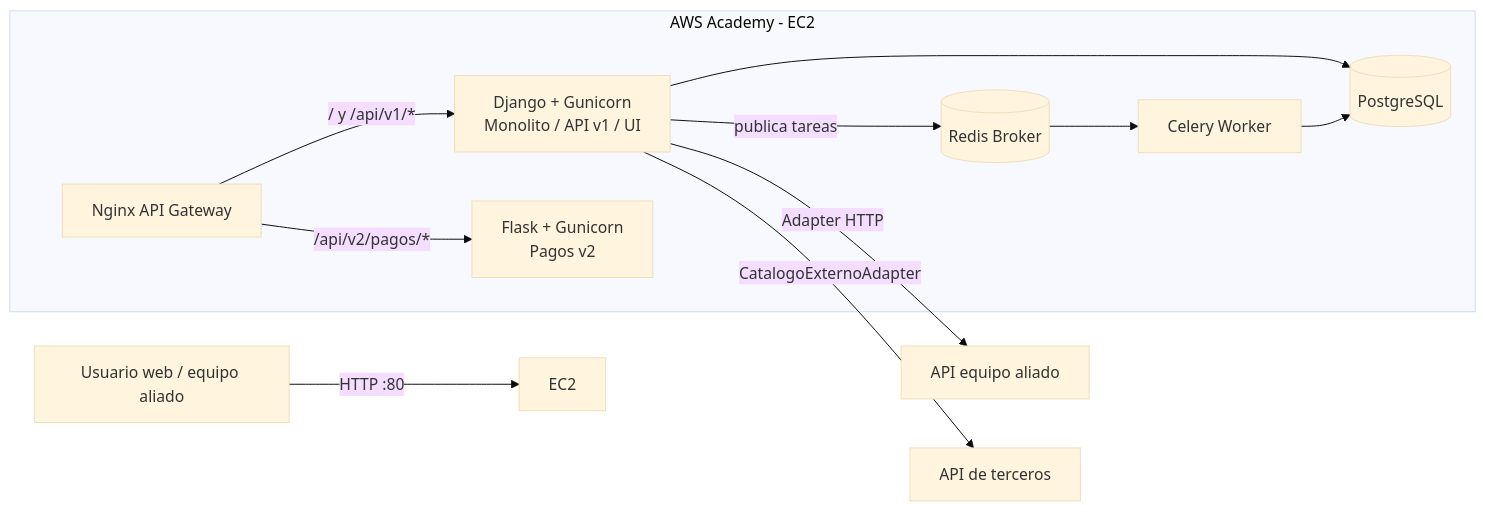
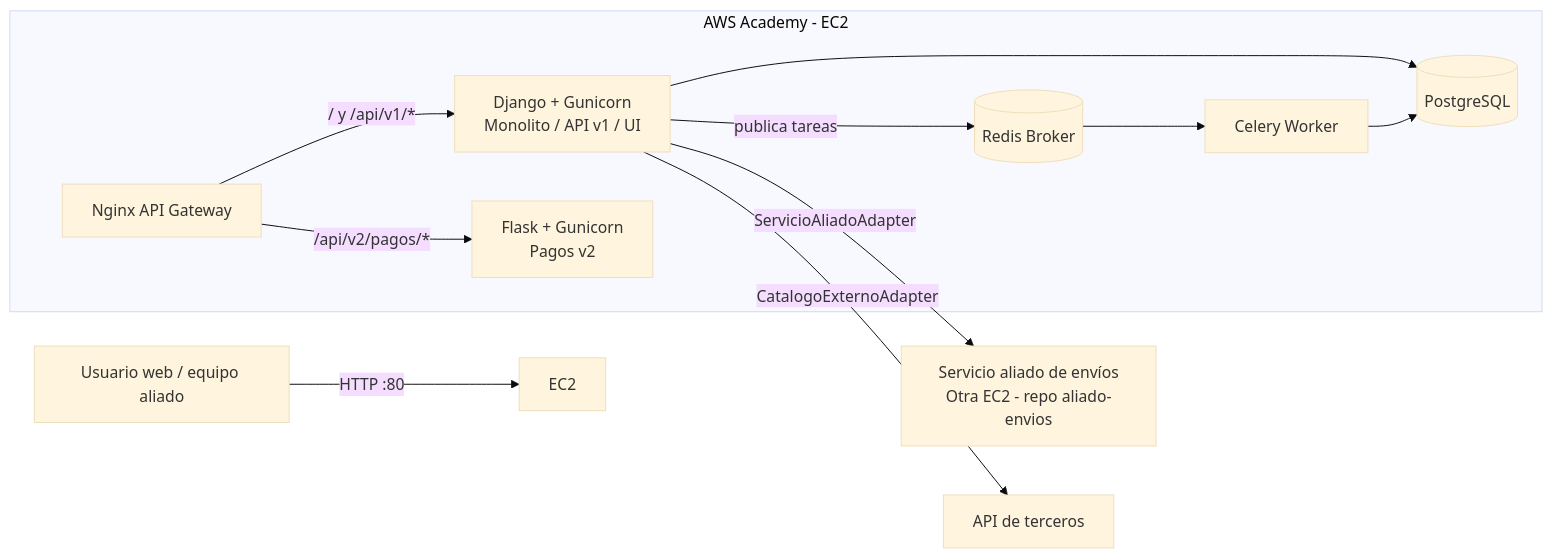
The diagram in docs/architecture/entregable-2.md (arriola420/TopicosProject), drawn with Mermaid (base theme) before and after one commit. The commit also changed other lines of this file and 9 other files, not shown here.

Commit message:
Parche: consumo del servicio aliado de envios

````diff
--- a/docs/architecture/entregable-2.md
+++ b/docs/architecture/entregable-2.md
@@ -5,20 +5,20 @@
 ```mermaid
 flowchart LR
     U[Usuario web / equipo aliado] -->|HTTP :80| EC2
     subgraph AWS Academy - EC2
         N[Nginx API Gateway]
         D[Django + Gunicorn\nMonolito / API v1 / UI]
         F[Flask + Gunicorn\nPagos v2]
         W[Celery Worker]
         R[(Redis Broker)]
         DB[(PostgreSQL)]
         N -->|/ y /api/v1/*| D
         N -->|/api/v2/pagos/*| F
         D --> DB
         D -->|publica tareas| R
         R --> W
         W --> DB
     end
-    D -->|Adapter HTTP| A[API equipo aliado]
+    D -->|ServicioAliadoAdapter| A[Servicio aliado de envíos\nOtra EC2 - repo aliado-envios]
     D -->|CatalogoExternoAdapter| T[API de terceros]
 ```
````
